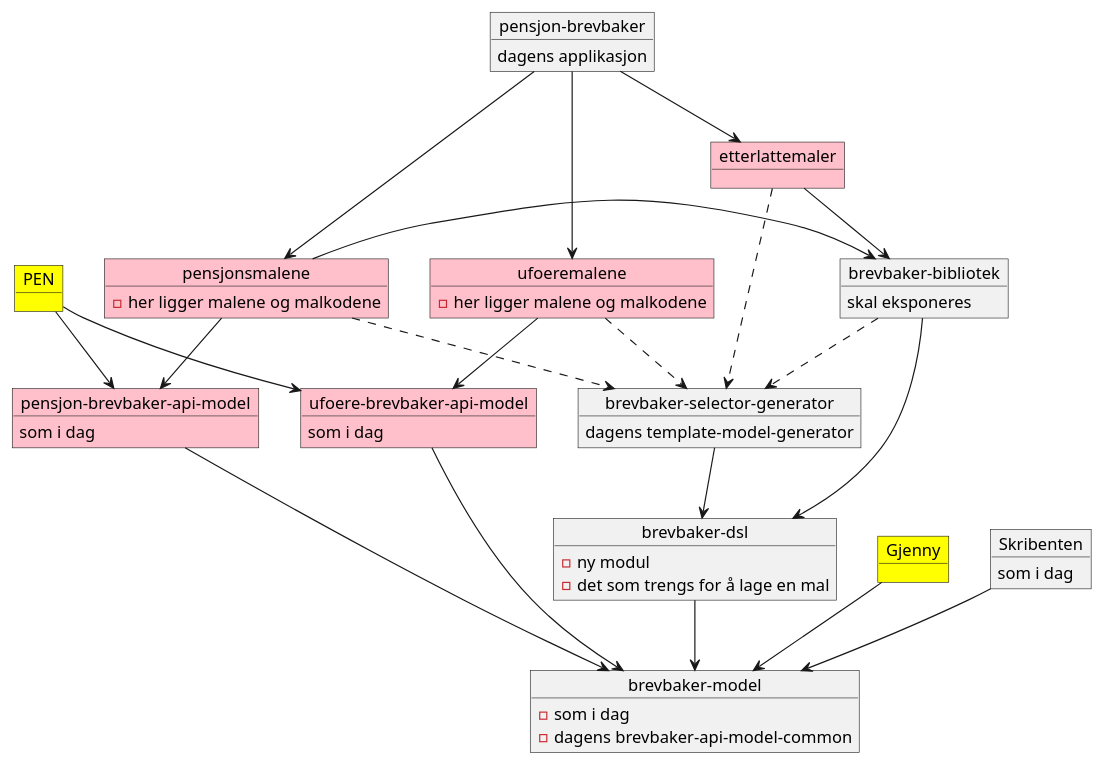
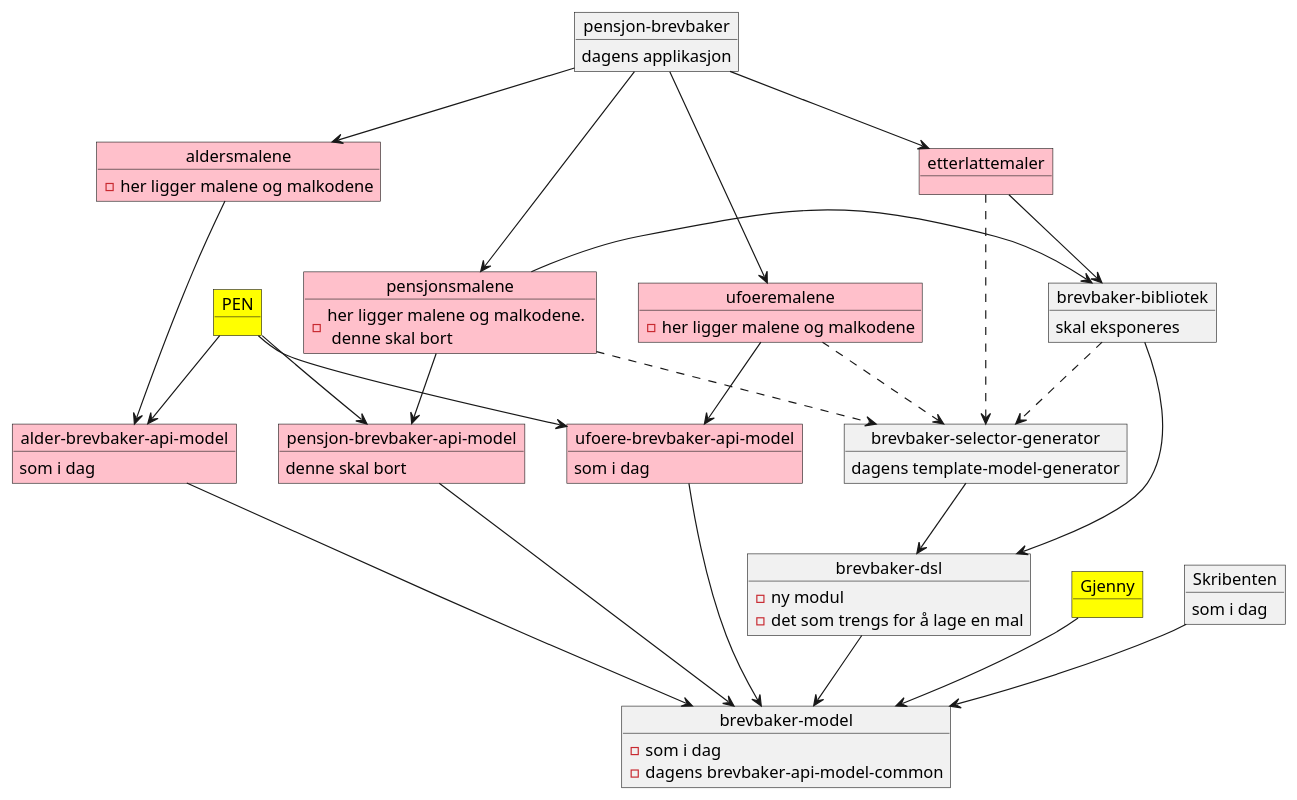
The diagram in docs/moduldiagram.puml (navikt/pensjonsbrev), drawn with PlantUML before and after one commit. The commit also changed 18 other files, not shown here.

Commit message:
Trur den enklaste måten å køyre splitten på er ved å innføre nye modular også for alder. Da er det veldig enkelt å sjå når pensjonsmaler og pensjon-brevbaker-api-model er ferdig tømt

```diff
--- a/docs/moduldiagram.puml
+++ b/docs/moduldiagram.puml
@@ -1,67 +1,76 @@
 @startuml
 
 object "pensjon-brevbaker" as brevbaker
 brevbaker : dagens applikasjon
 
 object pensjonsmalene #pink
-pensjonsmalene : - her ligger malene og malkodene
+pensjonsmalene : - her ligger malene og malkodene. \n denne skal bort
 
 object ufoeremalene #pink
 ufoeremalene : - her ligger malene og malkodene
 
+object aldersmalene #pink
+aldersmalene : - her ligger malene og malkodene
 
 object "etterlattemaler" as etterlatte #pink
 
 object "pensjon-brevbaker-api-model" as pensjonapimodel #pink
-pensjonapimodel : som i dag
+pensjonapimodel : denne skal bort
+
+object "alder-brevbaker-api-model" as alderapimodel #pink
+alderapimodel : som i dag
 
 object "ufoere-brevbaker-api-model" as ufoereapimodel #pink
 ufoereapimodel : som i dag
 
 object "brevbaker-dsl" as dsl
 dsl : - ny modul
 dsl : - det som trengs for å lage en mal
 
 object "brevbaker-bibliotek" as bibliotek
 bibliotek : skal eksponeres
 
 object Gjenny #yellow
 
 object "brevbaker-model" as modelcommon
 modelcommon : - som i dag
 modelcommon : - dagens brevbaker-api-model-common
 
 object "brevbaker-selector-generator" as tmg
 tmg : dagens template-model-generator
 
 object PEN #yellow
 
 object Skribenten
 Skribenten : som i dag
 
 bibliotek --> dsl
 brevbaker --> pensjonsmalene
+brevbaker --> aldersmalene
 brevbaker --> ufoeremalene
 brevbaker --> etterlatte
 pensjonsmalene --> pensjonapimodel
 
+aldersmalene --> alderapimodel
 ufoeremalene --> ufoereapimodel
 
 pensjonsmalene -> bibliotek
 etterlatte --> bibliotek
 pensjonapimodel --> modelcommon
+alderapimodel --> modelcommon
 ufoereapimodel --> modelcommon
 dsl --> modelcommon
 tmg --> dsl
 etterlatte ..> tmg
 pensjonsmalene ..> tmg
 ufoeremalene ..> tmg
 bibliotek ..> tmg
 
 PEN --> pensjonapimodel
+PEN --> alderapimodel
 PEN --> ufoereapimodel
 Gjenny --> modelcommon
 
 Skribenten --> modelcommon
 
 @enduml
```
